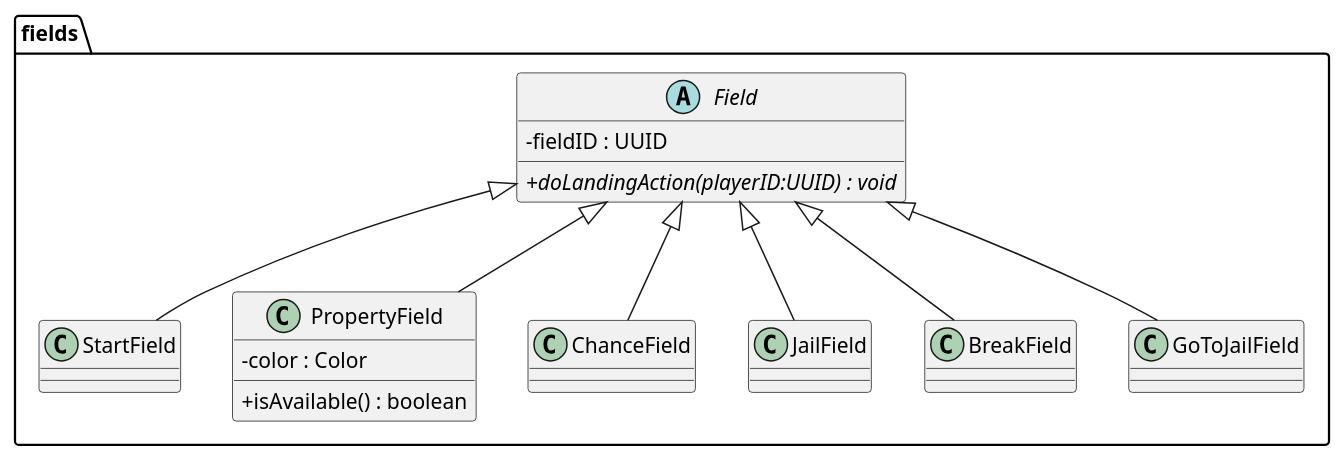
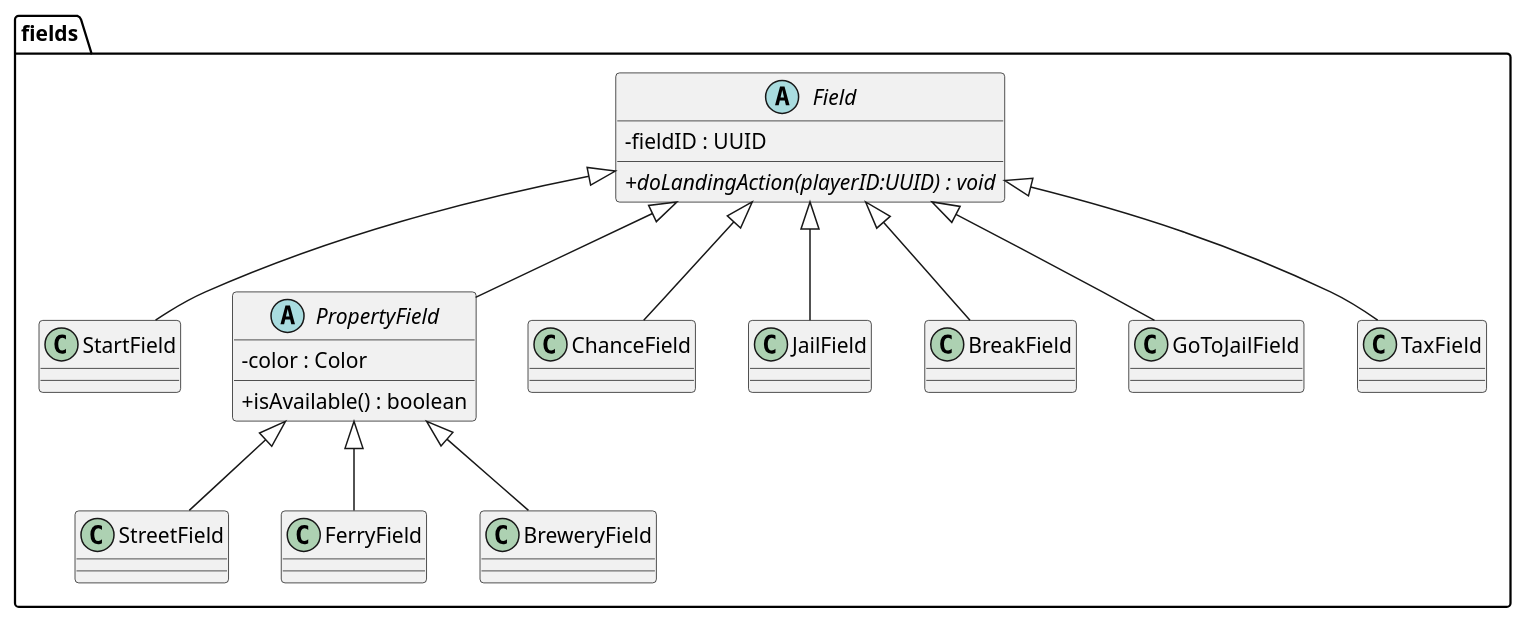
One commit to DTUSoftware/Matador changed the diagram in src/main/resources/DesignClassDiagram-fields.puml. Above: the diagram before and after it, drawn with PlantUML. The commit also changed 5 other files, not shown here.

Commit message:
Update UML diagrams to match new requirements and game layout

```diff
--- a/src/main/resources/DesignClassDiagram-fields.puml
+++ b/src/main/resources/DesignClassDiagram-fields.puml
@@ -1,42 +1,59 @@
 @startuml
 'https://plantuml.com/class-diagram
 
 skinparam classAttributeIconSize 0
 
 package fields {
-    abstract Field {
+    abstract class Field {
         -fieldID : UUID
 
         {abstract} +doLandingAction(playerID:UUID) : void
     }
 
     class StartField {
     }
 
-    class PropertyField {
+    abstract class PropertyField {
         -color : Color
 
         +isAvailable() : boolean
     }
 
     class ChanceField {
     }
 
     class JailField {
     }
 
     class BreakField {
     }
 
     class GoToJailField {
     }
 
+    class TaxField {
+    }
+
     Field <|-- StartField
     Field <|-- PropertyField
     Field <|-- ChanceField
     Field <|-- JailField
     Field <|-- BreakField
     Field <|-- GoToJailField
+    Field <|-- TaxField
+
+    class StreetField {
+    }
+
+    class FerryField {
+    }
+
+    class BreweryField {
+    }
+
+    PropertyField <|-- StreetField
+    PropertyField <|-- FerryField
+    PropertyField <|-- BreweryField
 }
 
 @enduml
```
